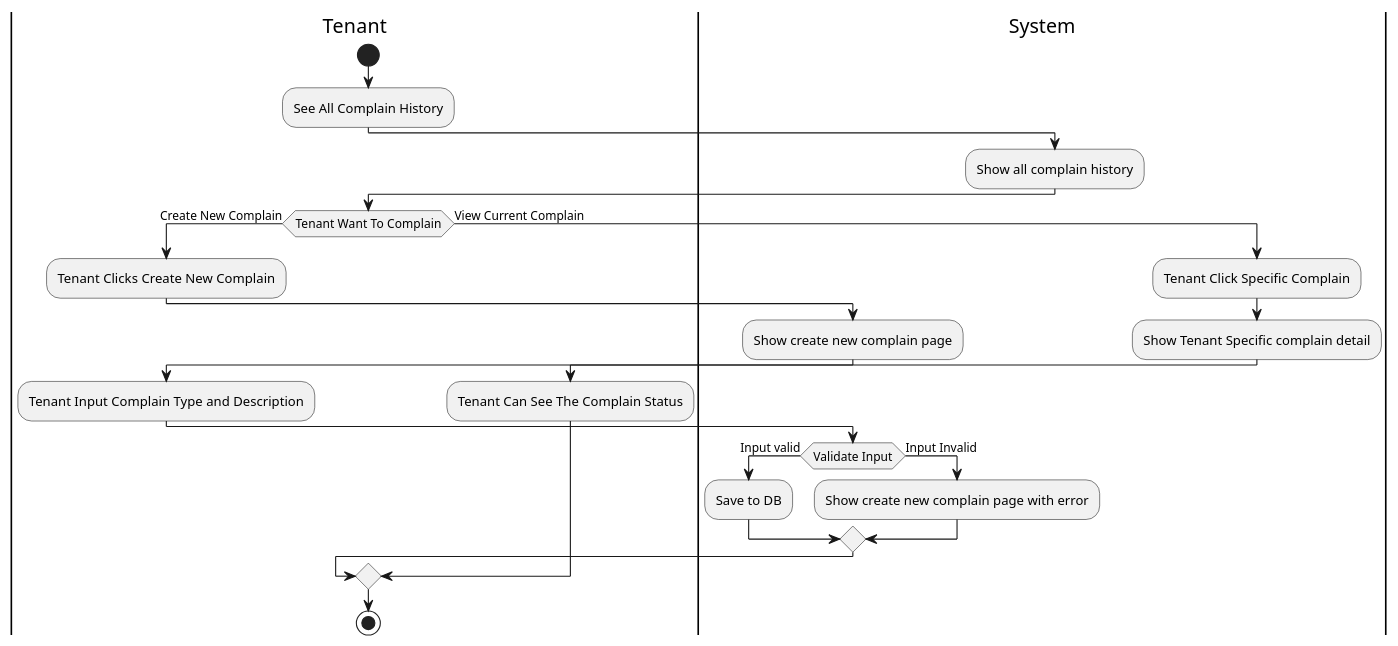
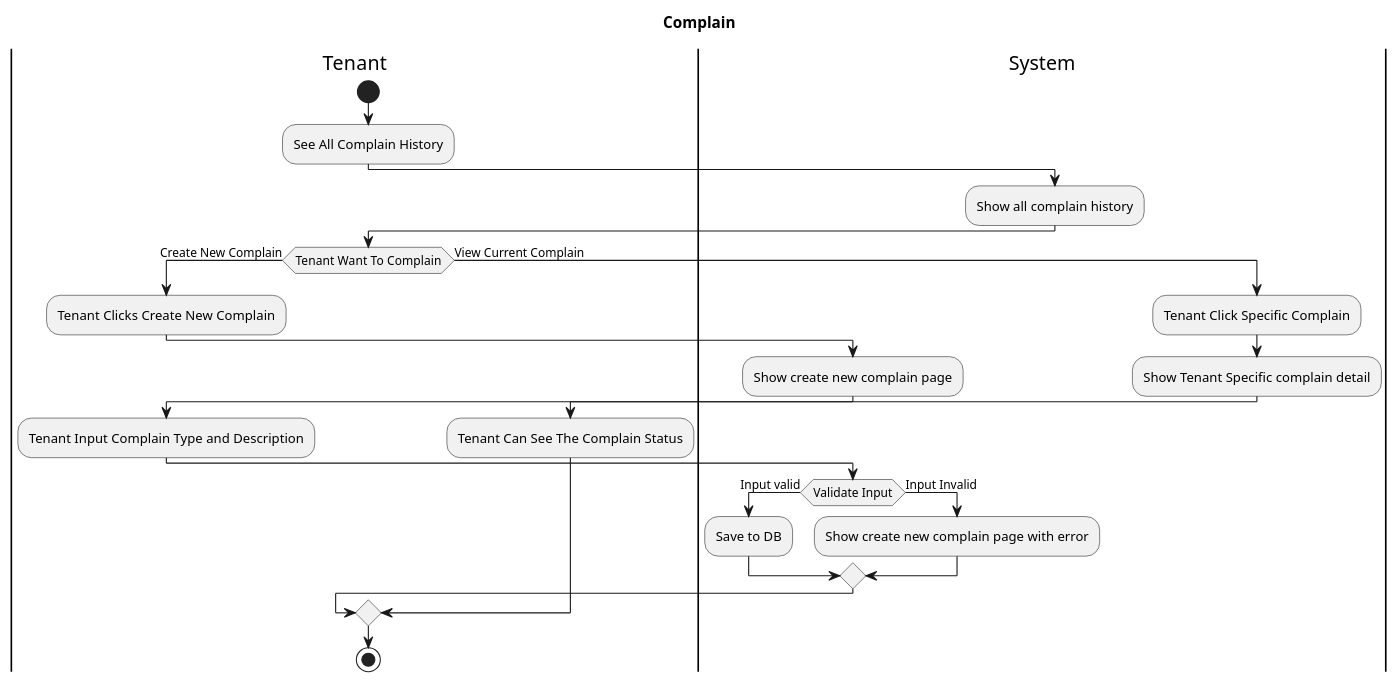
The diagram in Design/BHFMS_ACTIVITY/Complain.puml (AntWort21/BHFMS), drawn with PlantUML before and after one commit. The commit also changed 34 other files, not shown here.

Commit message:
added title in sequence and activity diagram based on use case description, separated a few diagram

```diff
--- a/Design/BHFMS_ACTIVITY/Complain.puml
+++ b/Design/BHFMS_ACTIVITY/Complain.puml
@@ -1,31 +1,32 @@
 @startuml
+title Complain
 |Tenant|
 start
 :See All Complain History;
 
 |System|
 :Show all complain history;
 
 |Tenant|
 If (Tenant Want To Complain) then (Create New Complain)
         :Tenant Clicks Create New Complain;
         |System|
         :Show create new complain page;
         |Tenant|
         :Tenant Input Complain Type and Description;
         |System|
         if (Validate Input) then (Input valid)
           :Save to DB;
         else (Input Invalid)
           :Show create new complain page with error;
         endif
 else (View Current Complain)
         :Tenant Click Specific Complain;
         |System|
         :Show Tenant Specific complain detail;
         |Tenant|
         :Tenant Can See The Complain Status;
         
 endif
 stop
 @enduml
```
